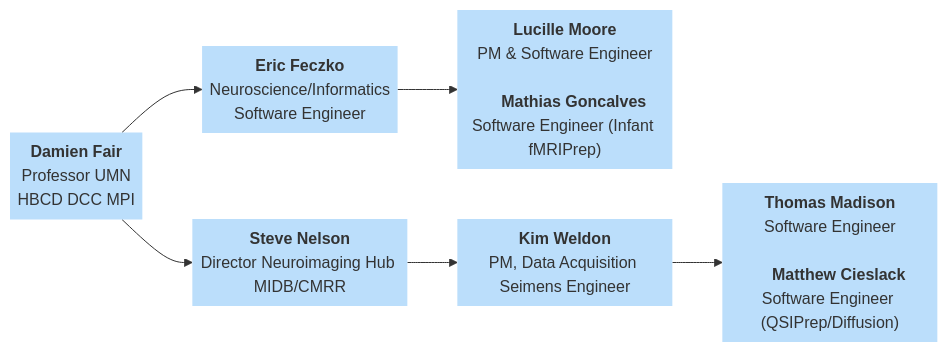
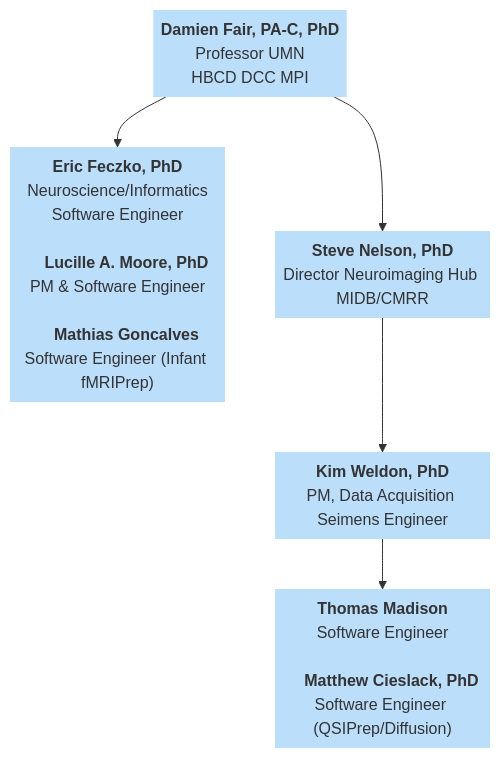
One commit to DCAN-Labs/hbcd-docs-internal changed the sixth of 10 diagrams in docs/orgcharts.md. Above: the diagram before and after it, drawn with Mermaid.

````diff
--- a/docs/orgcharts.md
+++ b/docs/orgcharts.md
@@ -451,25 +451,23 @@
 ```mermaid
 ---
 config:
   layout: dagre
 ---
-flowchart LR
-    D["<b>Damien Fair</b><br>Professor UMN<br>HBCD DCC MPI"] --> S["<b>Eric Feczko</b><br>Neuroscience/Informatics<br>Software Engineer"] & T["<b>Steve Nelson</b><br>Director Neuroimaging Hub MIDB/CMRR"]
-    S --> s1["<b>Lucille Moore</b><br>PM &amp; Software Engineer<br>
-    <b>Mathias Goncalves</b><br>Software Engineer (Infant fMRIPrep)"]
-    T --> t1["<b>Kim Weldon</b><br>PM, Data Acquisition Seimens Engineer"]
+flowchart TB
+    D["<b>Damien Fair, PA-C, PhD</b><br>Professor UMN<br>HBCD DCC MPI"] --> S["<b>Eric Feczko, PhD</b><br>Neuroscience/Informatics<br>Software Engineer<br>
+    <b>Lucille A. Moore, PhD</b><br>PM &amp; Software Engineer<br>
+    <b>Mathias Goncalves</b><br>Software Engineer (Infant fMRIPrep)"] & T["<b>Steve Nelson, PhD</b><br>Director Neuroimaging Hub MIDB/CMRR"]
+    T --> t1["<b>Kim Weldon, PhD</b><br>PM, Data Acquisition Seimens Engineer"]
     t1 --> t2["<b>Thomas Madison</b><br>Software Engineer<br>
-    <b>Matthew Cieslack</b><br>Software Engineer (QSIPrep/Diffusion)"]
+    <b>Matthew Cieslack, PhD</b><br>Software Engineer (QSIPrep/Diffusion)"]
     D@{ shape: text}
     S@{ shape: text}
     T@{ shape: text}
-    s1@{ shape: text}
     t1@{ shape: text}
     t2@{ shape: text}
     style D stroke:#000000,fill:#BBDEFB
     style S stroke:#000000,fill:#BBDEFB
     style T stroke:#000000,fill:#BBDEFB
-    style s1 fill:#BBDEFB
     style t1 fill:#BBDEFB
     style t2 fill:#BBDEFB
 ```
````
